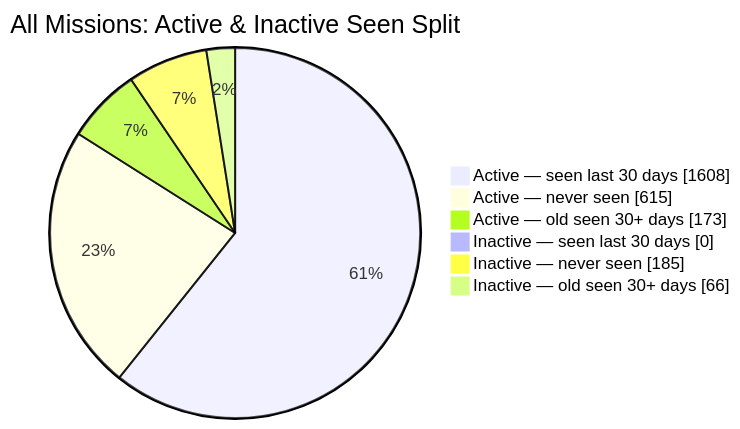
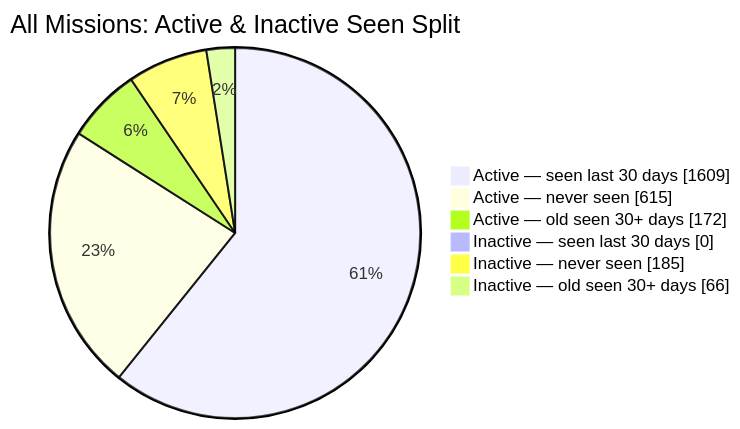
Before and after one commit to MeldkamerspelGameTeam/active-missions: the second of 2 diagrams in README.md, drawn with Mermaid. The commit also changed other lines of this file and 2 other files, not shown here.

````diff
--- a/README.md
+++ b/README.md
@@ -44,10 +44,10 @@
 ```mermaid
 pie showData
     title All Missions: Active & Inactive Seen Split
-    "Active — seen last 30 days" : 1608
+    "Active — seen last 30 days" : 1609
     "Active — never seen" : 615
-    "Active — old seen 30+ days" : 173
+    "Active — old seen 30+ days" : 172
     "Inactive — seen last 30 days" : 0
     "Inactive — never seen" : 185
     "Inactive — old seen 30+ days" : 66
 ```
````
